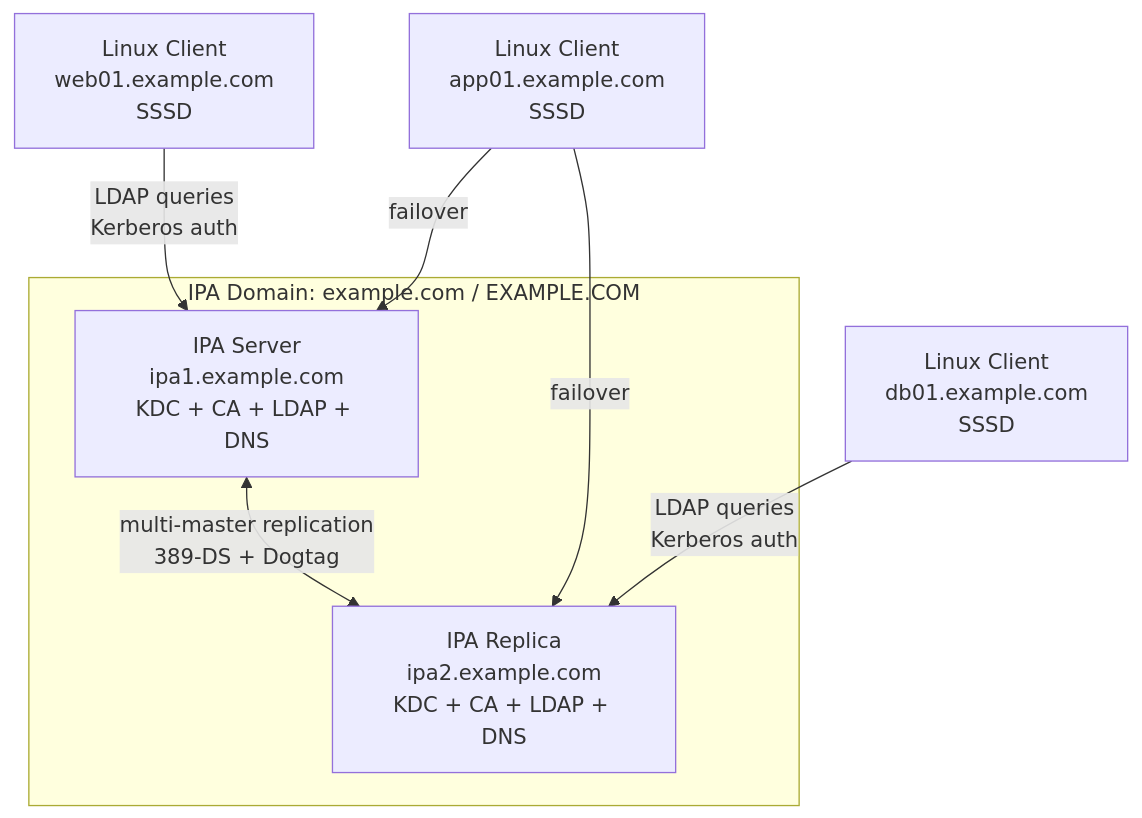
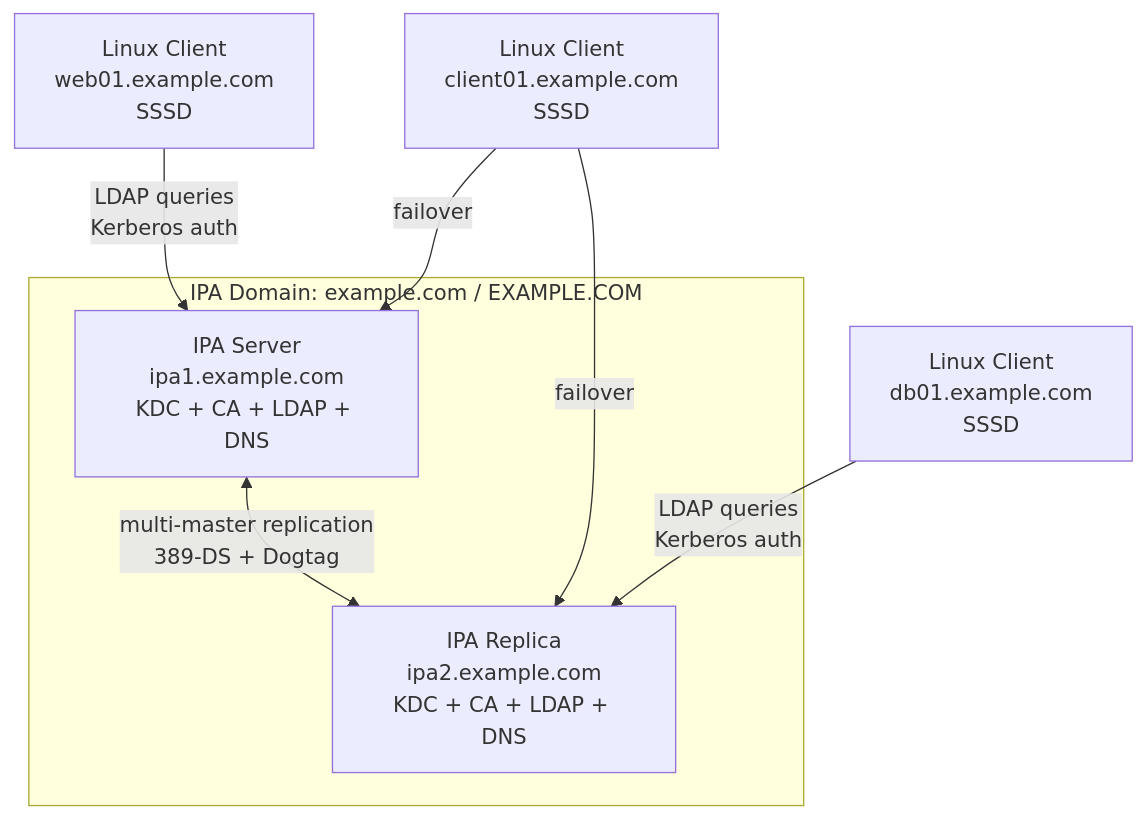
One commit to UncleJS/course_FreeIPA changed the first of 9 diagrams in 01_architecture.md. Above: the diagram before and after it, drawn with Mermaid. The commit also changed other lines of this file and 24 other files, not shown here.

````diff
--- a/01_architecture.md
+++ b/01_architecture.md
@@ -53,12 +53,12 @@
 ```mermaid
 graph TD
     subgraph "IPA Domain: example.com / EXAMPLE.COM"
-        S1[IPA Server\nipa1.example.com\nKDC + CA + LDAP + DNS]
-        S2[IPA Replica\nipa2.example.com\nKDC + CA + LDAP + DNS]
-        S1 <-->|multi-master replication\n389-DS + Dogtag| S2
+        S1["IPA Server<br/>ipa1.example.com<br/>KDC + CA + LDAP + DNS"]
+        S2["IPA Replica<br/>ipa2.example.com<br/>KDC + CA + LDAP + DNS"]
+        S1 <-->|"multi-master replication<br/>389-DS + Dogtag"| S2
     end
-    C1[Linux Client\nweb01.example.com\nSSSD] -->|LDAP queries\nKerberos auth| S1
-    C2[Linux Client\ndb01.example.com\nSSSD] -->|LDAP queries\nKerberos auth| S2
-    C3[Linux Client\napp01.example.com\nSSSD] -->|failover| S1
+    C1["Linux Client<br/>web01.example.com<br/>SSSD"] -->|"LDAP queries<br/>Kerberos auth"| S1
+    C2["Linux Client<br/>db01.example.com<br/>SSSD"] -->|"LDAP queries<br/>Kerberos auth"| S2
+    C3["Linux Client<br/>client01.example.com<br/>SSSD"] -->|failover| S1
     C3 -->|failover| S2
 ```
````
